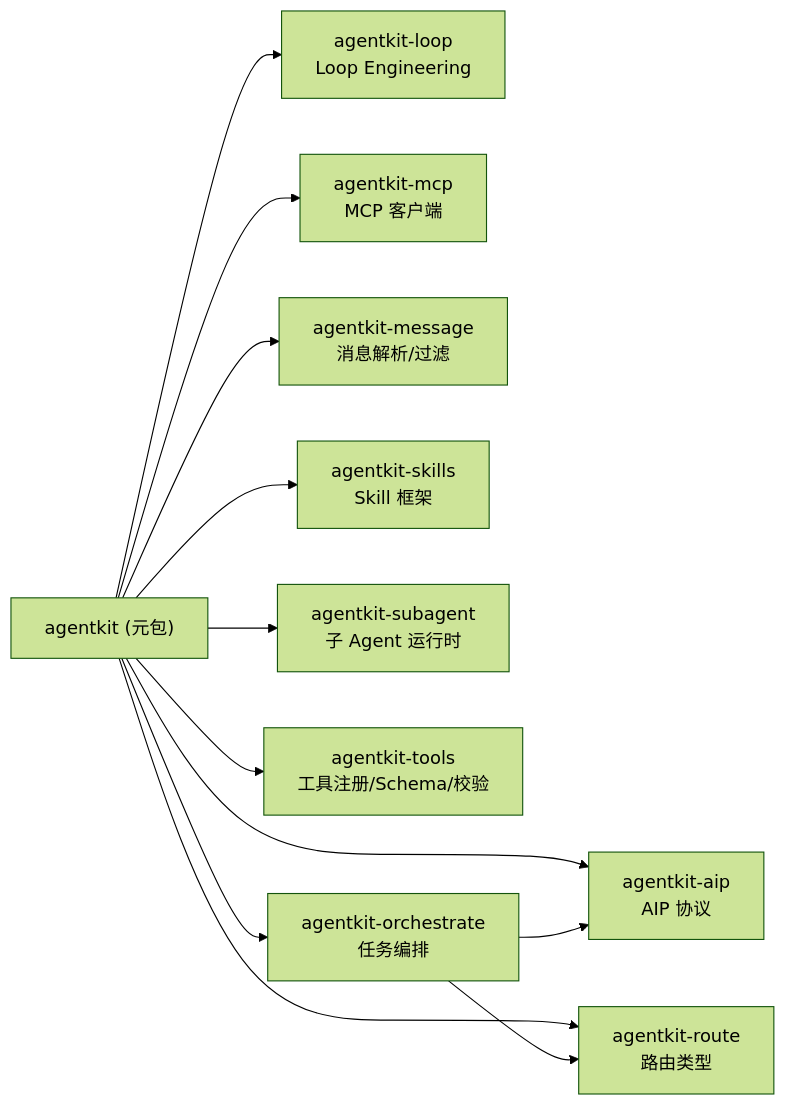
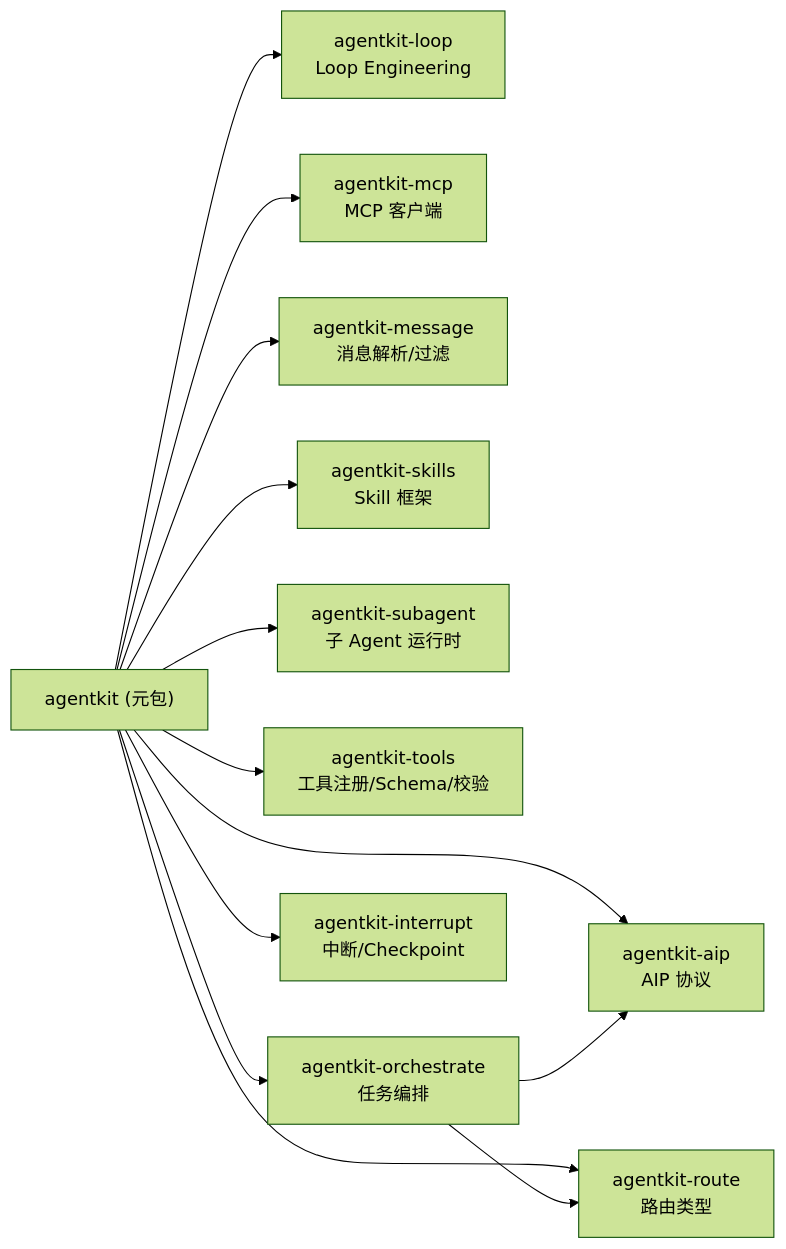
The diagram in packages/README.md (zhibinQiu/benxi), drawn with Mermaid (forest theme) before and after one commit. The commit also changed other lines of this file and 49 other files, not shown here.

````diff
--- a/packages/README.md
+++ b/packages/README.md
@@ -7,15 +17,16 @@
 ```mermaid
 flowchart LR
     agentkit["agentkit (元包)"] --> aip["agentkit-aip<br/>AIP 协议"]
     agentkit --> loop["agentkit-loop<br/>Loop Engineering"]
     agentkit --> mcp["agentkit-mcp<br/>MCP 客户端"]
     agentkit --> msg["agentkit-message<br/>消息解析/过滤"]
     agentkit --> route["agentkit-route<br/>路由类型"]
     agentkit --> skills["agentkit-skills<br/>Skill 框架"]
     agentkit --> subagent["agentkit-subagent<br/>子 Agent 运行时"]
     agentkit --> tools["agentkit-tools<br/>工具注册/Schema/校验"]
     agentkit --> orchestrate["agentkit-orchestrate<br/>任务编排"]
+    agentkit --> interrupt["agentkit-interrupt<br/>中断/Checkpoint"]
 
     orchestrate --> aip
     orchestrate --> route
 ```
````
